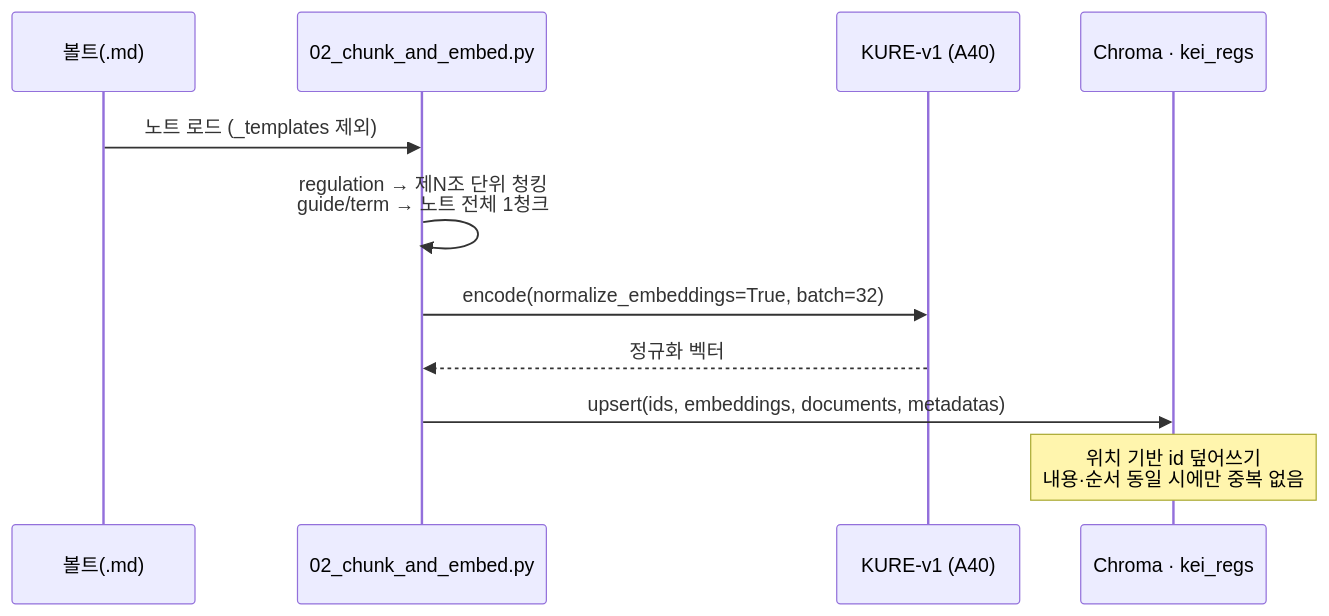
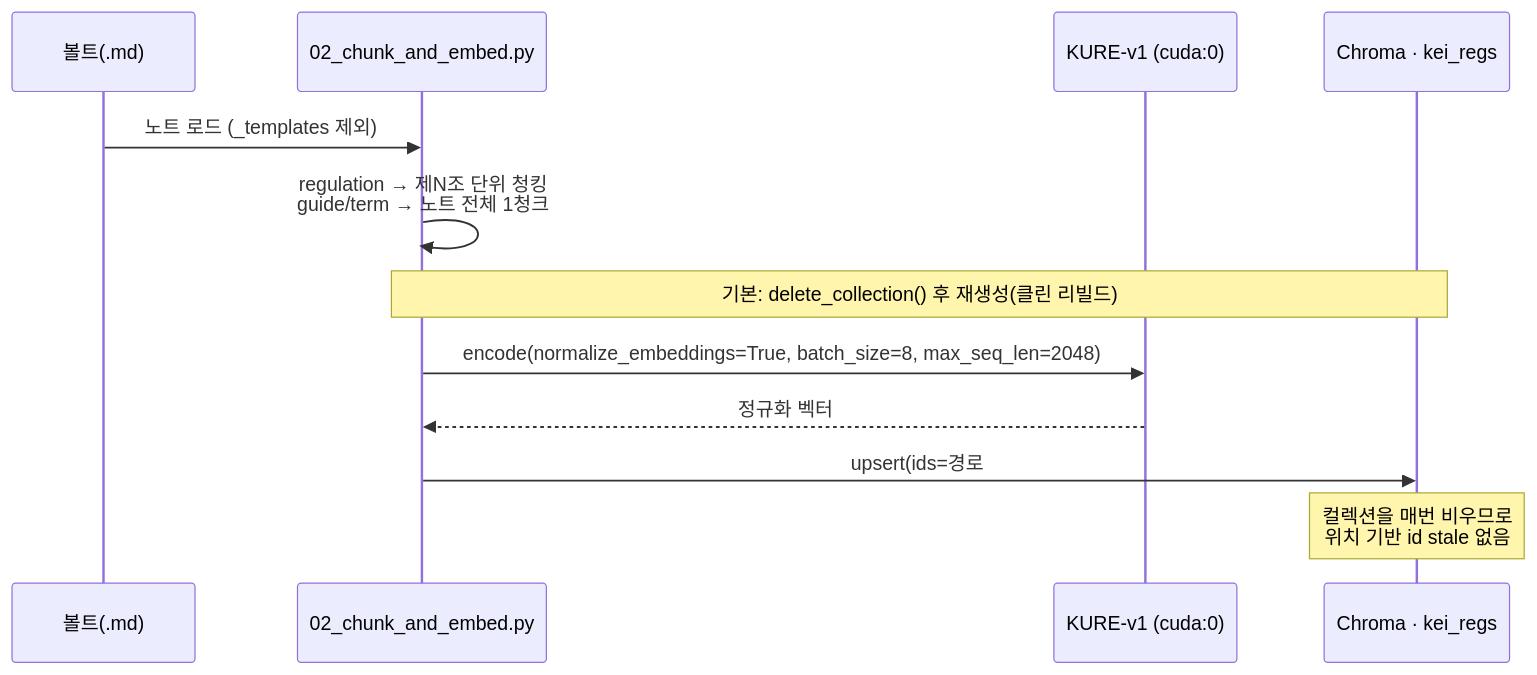
Before and after one commit to mooner92/KEIAdminSuperv: the second of 4 diagrams in docs/10-operations.md, drawn with Mermaid. The commit also changed other lines of this file and 9 other files, not shown here.

````diff
--- a/docs/10-operations.md
+++ b/docs/10-operations.md
@@ -148,13 +173,14 @@
 ```mermaid
 sequenceDiagram
     participant V as 볼트(.md)
     participant S as 02_chunk_and_embed.py
-    participant E as KURE-v1 (A40)
+    participant E as KURE-v1 (cuda:0)
     participant C as Chroma · kei_regs
     V->>S: 노트 로드 (_templates 제외)
     S->>S: regulation → 제N조 단위 청킹<br/>guide/term → 노트 전체 1청크
-    S->>E: encode(normalize_embeddings=True, batch=32)
+    Note over S,C: 기본: delete_collection() 후 재생성(클린 리빌드)
+    S->>E: encode(normalize_embeddings=True, batch_size=8, max_seq_len=2048)
     E-->>S: 정규화 벡터
-    S->>C: upsert(ids, embeddings, documents, metadatas)
-    Note over C: 위치 기반 id 덮어쓰기<br/>내용·순서 동일 시에만 중복 없음
+    S->>C: upsert(ids=경로#순번, embeddings, documents, metadatas)
+    Note over C: 컬렉션을 매번 비우므로<br/>위치 기반 id stale 없음
 ```
````
